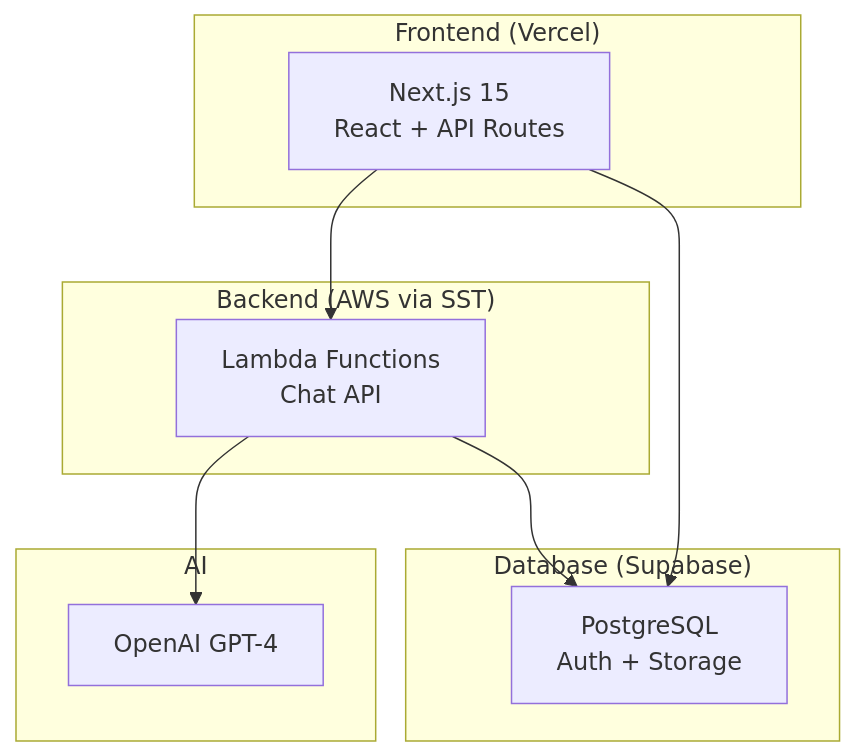
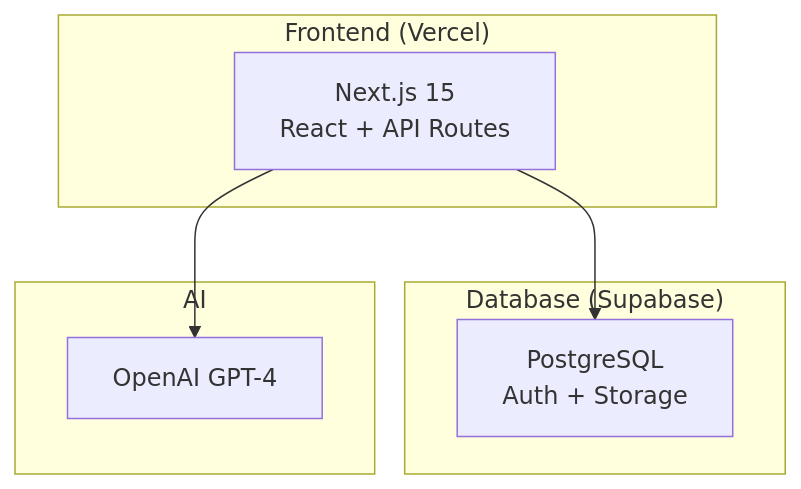
The diagram in README.md (verona-ai/Romeo), drawn with Mermaid before and after one commit. The commit also changed other lines of this file, not shown here.

````diff
--- a/README.md
+++ b/README.md
@@ -64,23 +67,17 @@
 ```mermaid
 graph TB
     subgraph "Frontend (Vercel)"
         W[Next.js 15<br/>React + API Routes]
     end
-    
-    subgraph "Backend (AWS via SST)"
-        A[Lambda Functions<br/>Chat API]
-    end
-    
+
     subgraph "Database (Supabase)"
         D[PostgreSQL<br/>Auth + Storage]
     end
-    
+
     subgraph "AI"
         O[OpenAI GPT-4]
     end
-    
-    W --> A
+
     W --> D
-    A --> D
-    A --> O
+    W --> O
 ```
````
